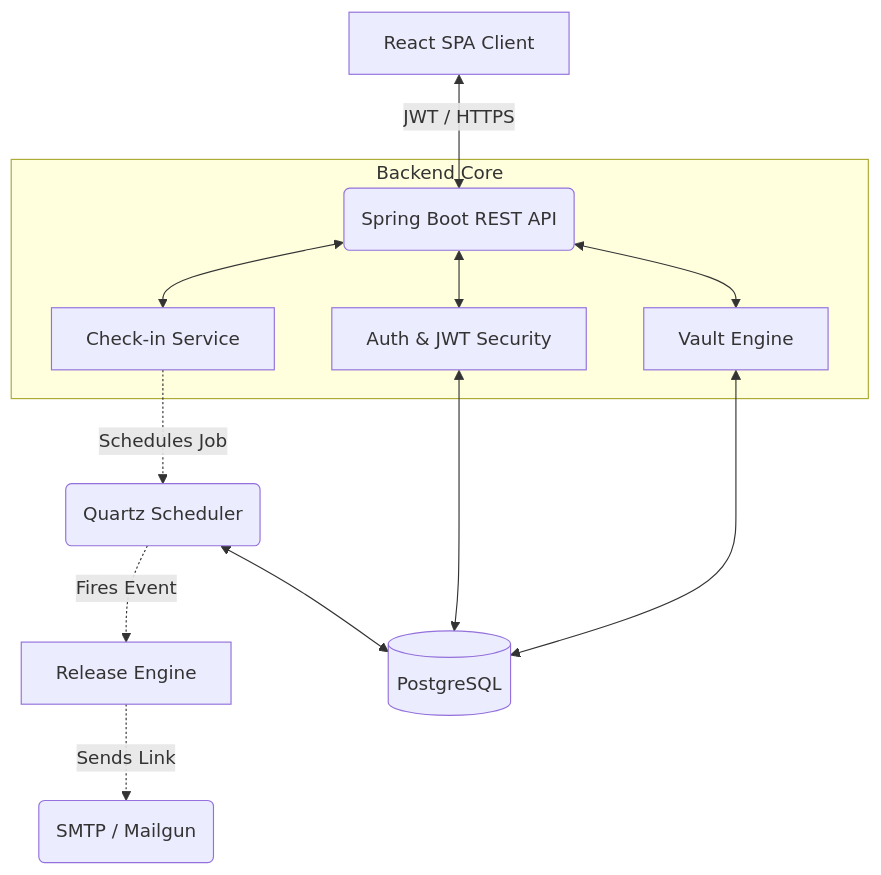
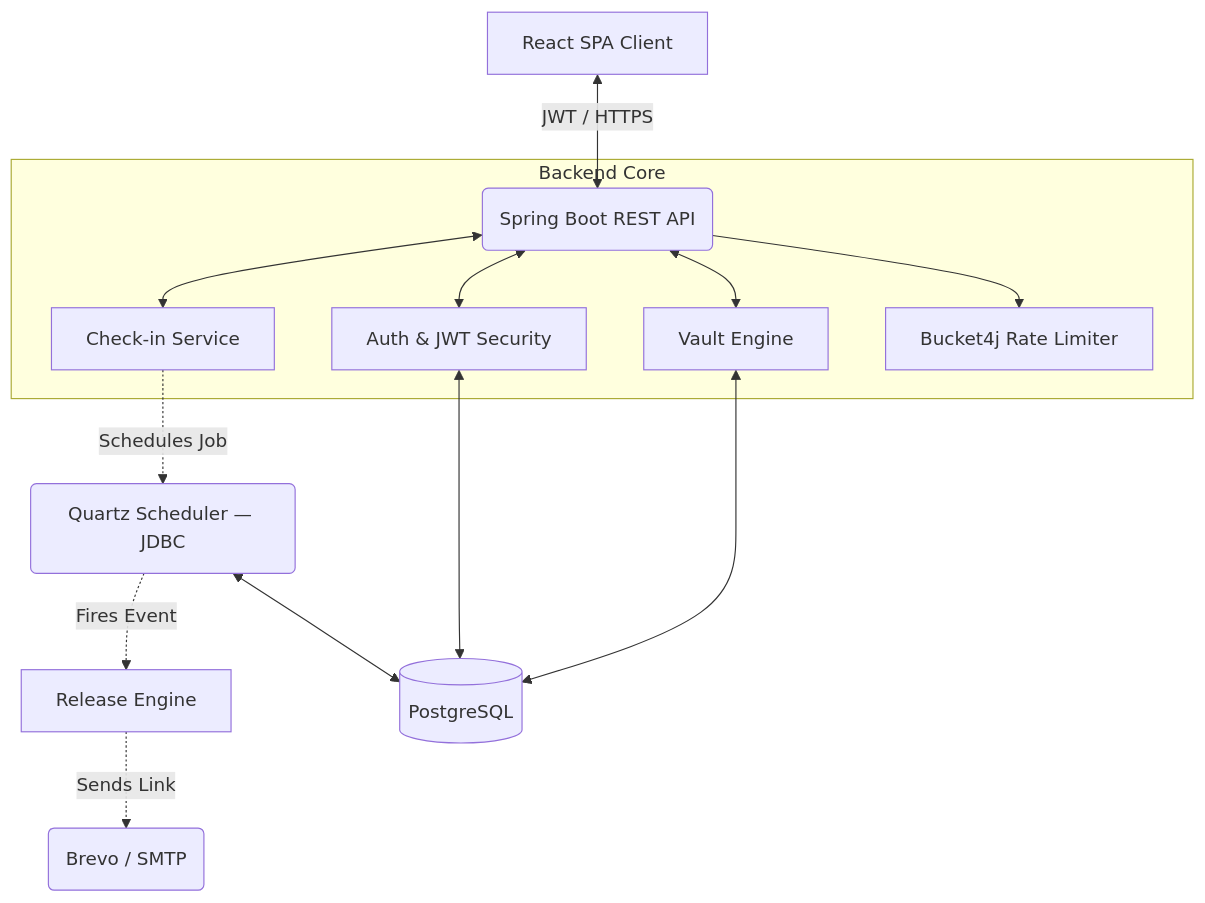
Before and after one commit to Siddharth7880/SafeKeep: the diagram in README.md, drawn with Mermaid. The commit also changed other lines of this file and 37 other files, not shown here.

````diff
--- a/README.md
+++ b/README.md
@@ -38,18 +98,19 @@
 ```mermaid
 graph TD
     Client[React SPA Client] <-->|JWT / HTTPS| API(Spring Boot REST API)
-    
+
     subgraph Backend Core
         API <--> Auth[Auth & JWT Security]
         API <--> Vault[Vault Engine]
         API <--> Checkin[Check-in Service]
+        API --> RateLimit[Bucket4j Rate Limiter]
     end
-    
-    Checkin -.->|Schedules Job| Quartz(Quartz Scheduler)
+
+    Checkin -.->|Schedules Job| Quartz(Quartz Scheduler — JDBC)
     Quartz -.->|Fires Event| Release[Release Engine]
-    Release -.->|Sends Link| Mail(SMTP / Mailgun)
-    
+    Release -.->|Sends Link| Mail(Brevo / SMTP)
+
     Vault <--> DB[(PostgreSQL)]
     Auth <--> DB
     Quartz <--> DB
 ```
````
